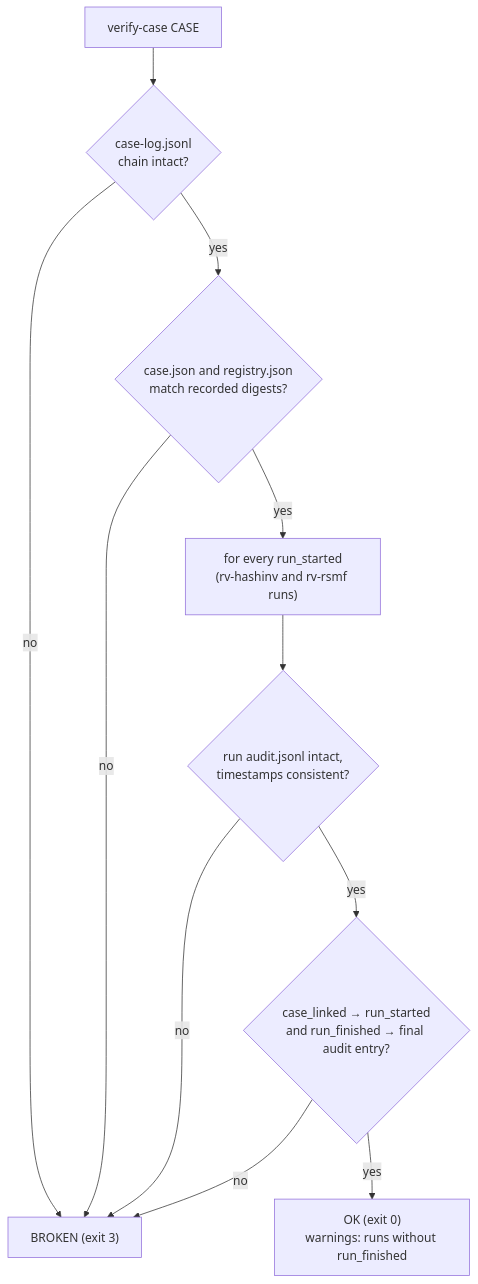
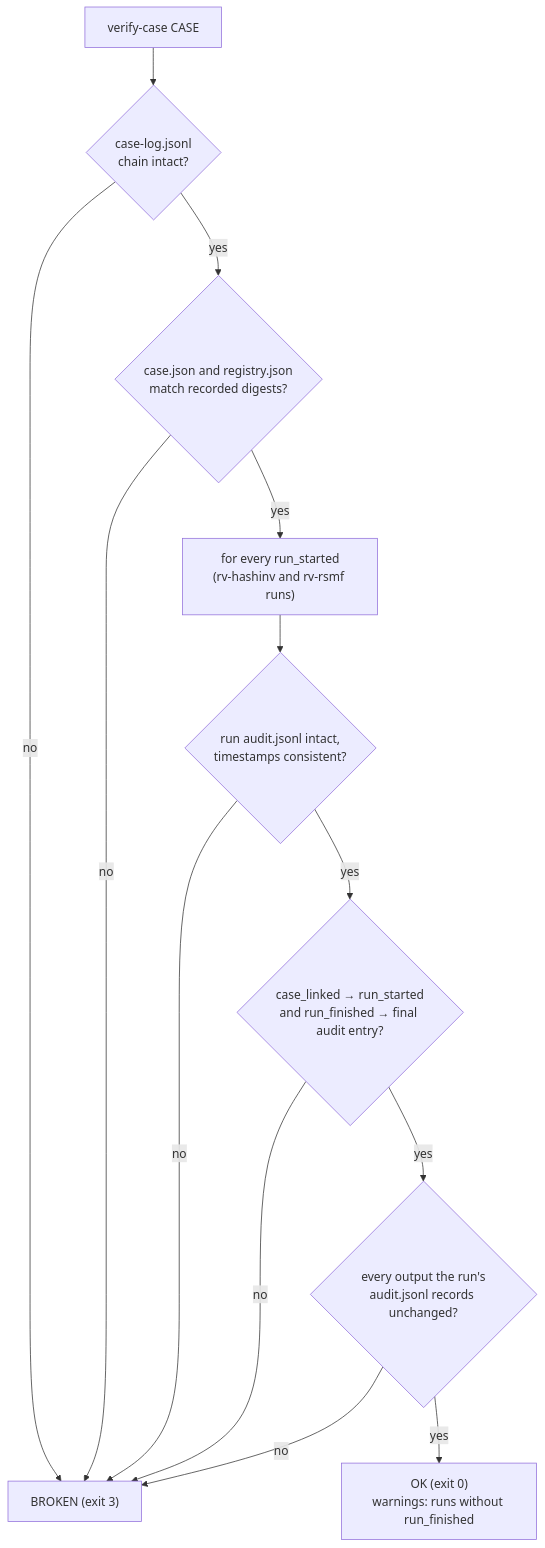
The fourth of 4 diagrams in docs/case-folder.md (Panacota96/rv-rsmf), drawn with Mermaid before and after one commit. The commit also changed other lines of this file and 4 other files, not shown here.

````diff
--- a/docs/case-folder.md
+++ b/docs/case-folder.md
@@ -188,13 +188,15 @@
 ```mermaid
 flowchart TB
     A["verify-case CASE"] --> B{"case-log.jsonl<br/>chain intact?"}
     B -- no --> X["BROKEN (exit 3)"]
     B -- yes --> C{"case.json and registry.json<br/>match recorded digests?"}
     C -- no --> X
     C -- yes --> D["for every run_started<br/>(rv-hashinv and rv-rsmf runs)"]
     D --> E{"run audit.jsonl intact,<br/>timestamps consistent?"}
     E -- no --> X
     E -- yes --> F{"case_linked → run_started<br/>and run_finished → final audit entry?"}
     F -- no --> X
-    F -- yes --> OK["OK (exit 0)<br/>warnings: runs without run_finished"]
+    F -- yes --> R{"every output the run's<br/>audit.jsonl records unchanged?"}
+    R -- no --> X
+    R -- yes --> OK["OK (exit 0)<br/>warnings: runs without run_finished"]
 ```
````
